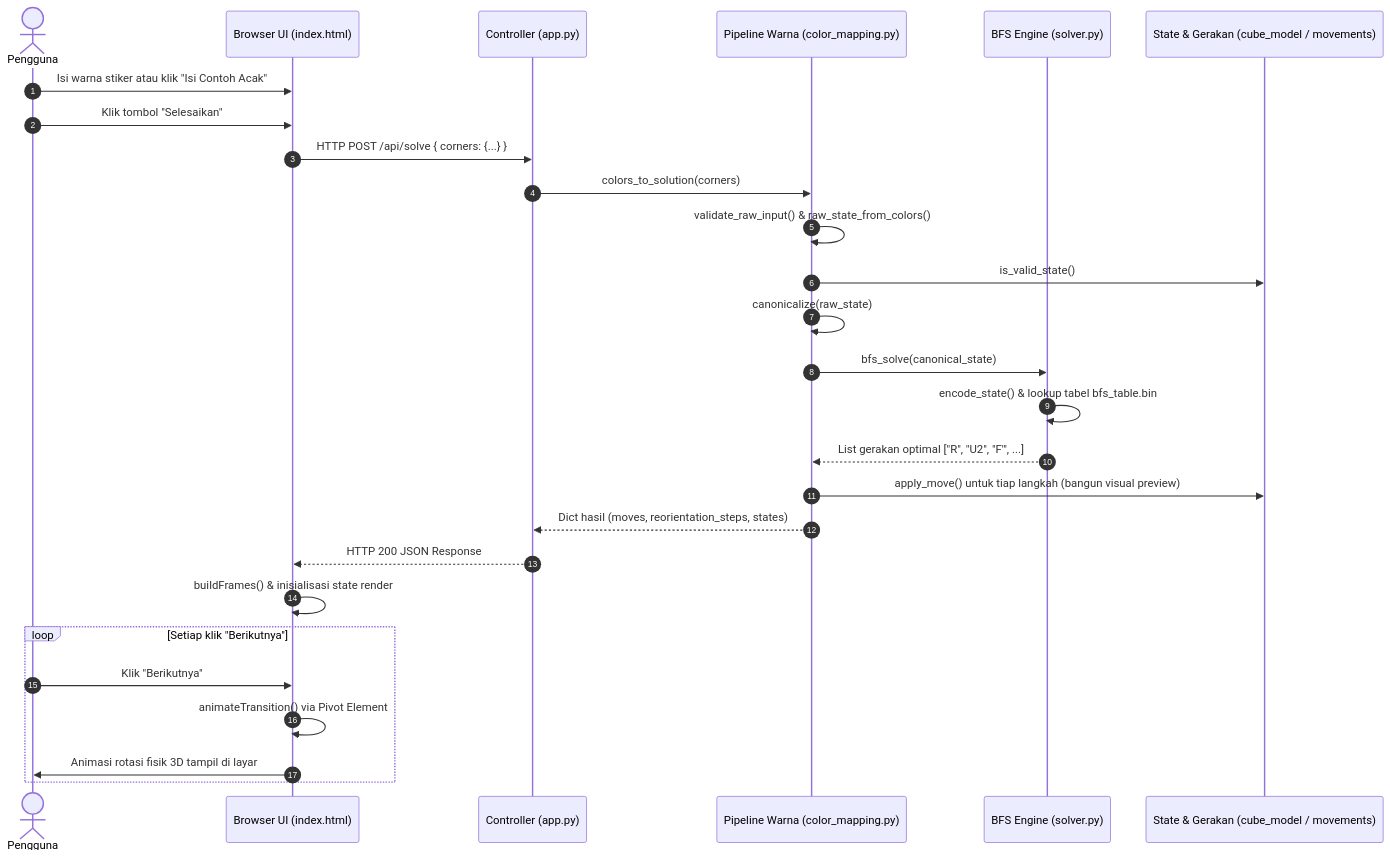
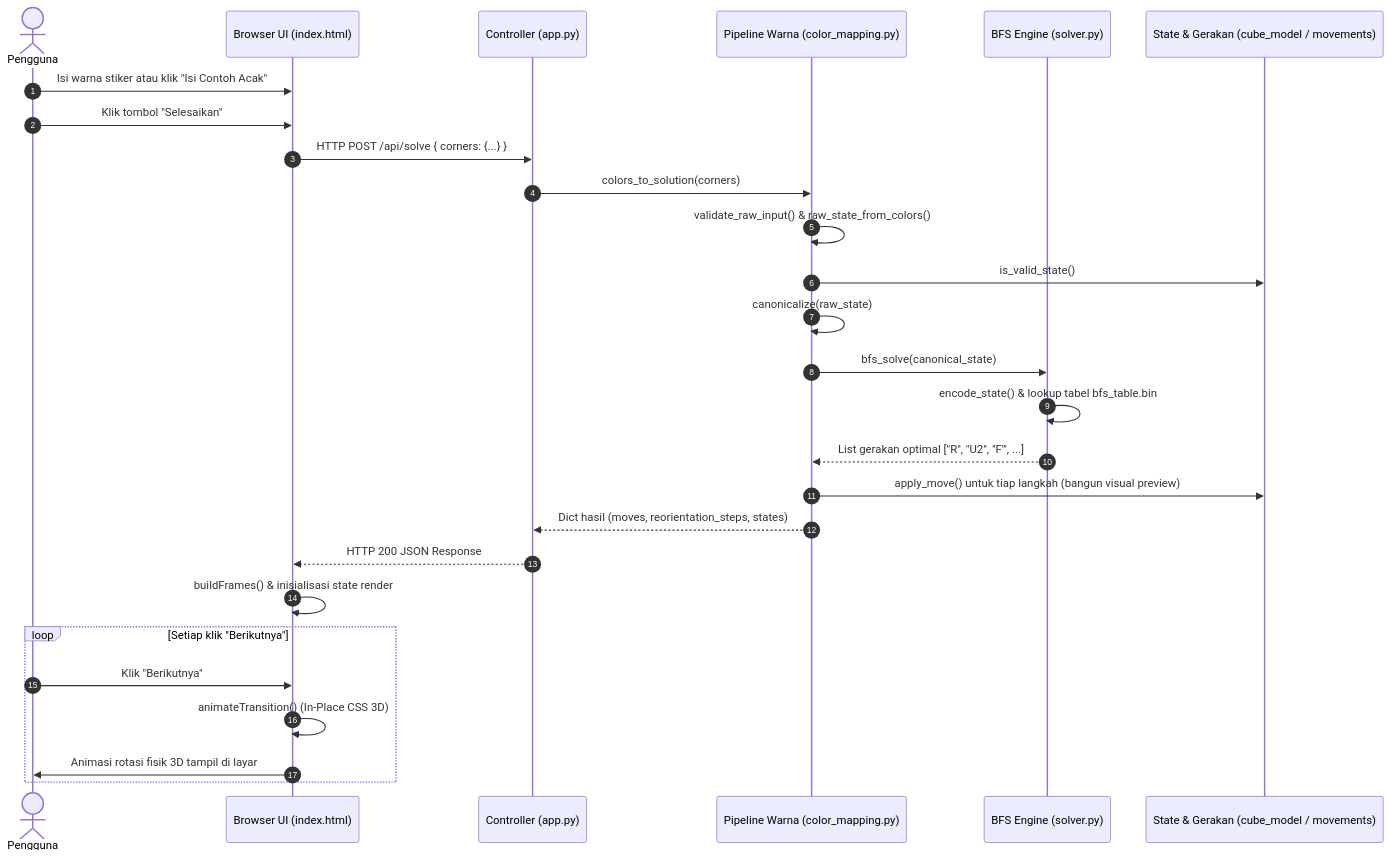
One commit to Akane-UX/Rubik_2x2_v3 changed the second of 2 diagrams in README.md. Above: the diagram before and after it, drawn with Mermaid. The commit also changed other lines of this file, not shown here.

````diff
--- a/README.md
+++ b/README.md
@@ -93,30 +93,30 @@
 ```mermaid
 sequenceDiagram
     autonumber
     actor U as Pengguna
     participant FE as Browser UI (index.html)
     participant Flask as Controller (app.py)
     participant CM as Pipeline Warna (color_mapping.py)
     participant Solver as BFS Engine (solver.py)
     participant Model as State & Gerakan (cube_model / movements)
 
     U->>FE: Isi warna stiker atau klik "Isi Contoh Acak"
     U->>FE: Klik tombol "Selesaikan"
     FE->>Flask: HTTP POST /api/solve { corners: {...} }
     Flask->>CM: colors_to_solution(corners)
     CM->>CM: validate_raw_input() & raw_state_from_colors()
     CM->>Model: is_valid_state()
     CM->>CM: canonicalize(raw_state)
     CM->>Solver: bfs_solve(canonical_state)
     Solver->>Solver: encode_state() & lookup tabel bfs_table.bin
     Solver-->>CM: List gerakan optimal ["R", "U2", "F'", ...]
     CM->>Model: apply_move() untuk tiap langkah (bangun visual preview)
     CM-->>Flask: Dict hasil (moves, reorientation_steps, states)
     Flask-->>FE: HTTP 200 JSON Response
     FE->>FE: buildFrames() & inisialisasi state render
     loop Setiap klik "Berikutnya"
         U->>FE: Klik "Berikutnya"
-        FE->>FE: animateTransition() via Pivot Element
+        FE->>FE: animateTransition() (In-Place CSS 3D)
         FE->>U: Animasi rotasi fisik 3D tampil di layar
     end
 ```
````
